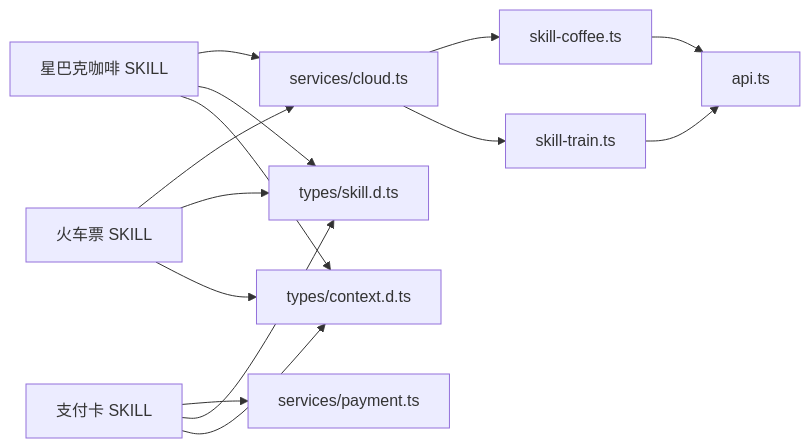
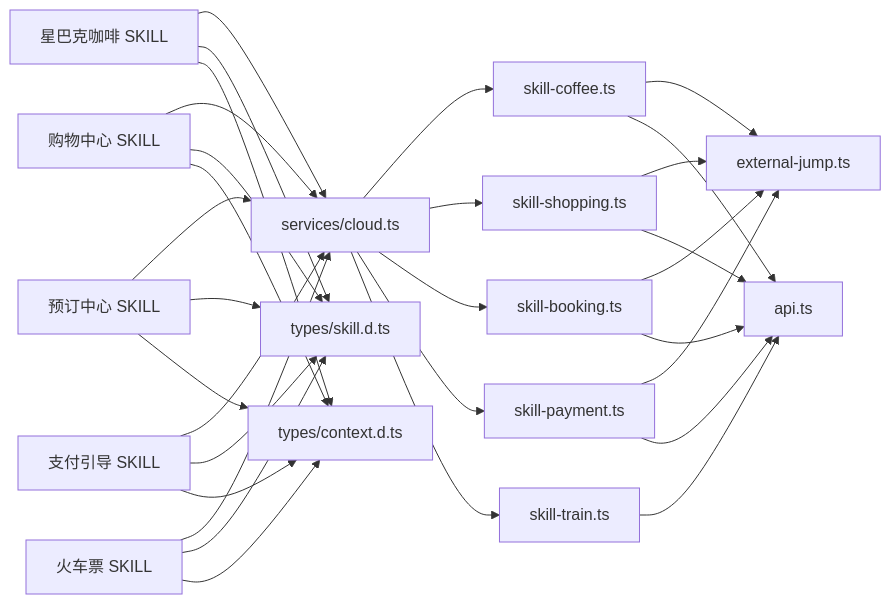
The eighth of 8 diagrams in .qoder/repowiki/zh/content/SKILL系统/内置SKILL/内置SKILL.md (Ichi-Hackton/WAIC-WeChat-MiniProgram), drawn with Mermaid before and after one commit. The commit also changed other lines of this file and 26 other files, not shown here.

````diff
--- a/.qoder/repowiki/zh/content/SKILL系统/内置SKILL/内置SKILL.md
+++ b/.qoder/repowiki/zh/content/SKILL系统/内置SKILL/内置SKILL.md
@@ -279,16 +443,32 @@
 ```mermaid
 graph LR
 Coffee["星巴克咖啡 SKILL"] --> Cloud["services/cloud.ts"]
+Shopping["购物中心 SKILL"] --> Cloud
+Booking["预订中心 SKILL"] --> Cloud
+Payment["支付引导 SKILL"] --> Cloud
 Train["火车票 SKILL"] --> Cloud
-Payment["支付卡 SKILL"] --> PaySvc["services/payment.ts"]
 Cloud --> CoffeeCloud["skill-coffee.ts"]
+Cloud --> ShoppingCloud["skill-shopping.ts"]
+Cloud --> BookingCloud["skill-booking.ts"]
+Cloud --> PaymentCloud["skill-payment.ts"]
 Cloud --> TrainCloud["skill-train.ts"]
-CoffeeCloud --> Api["api.ts"]
-TrainCloud --> Api
+CoffeeCloud --> ExternalJump["external-jump.ts"]
+ShoppingCloud --> ExternalJump
+BookingCloud --> ExternalJump
+PaymentCloud --> ExternalJump
+TrainCloud --> Api["api.ts"]
+CoffeeCloud --> Api
+ShoppingCloud --> Api
+BookingCloud --> Api
+PaymentCloud --> Api
 Coffee --> Types["types/skill.d.ts"]
+Shopping --> Types
+Booking --> Types
+Payment --> Types
 Train --> Types
-Payment --> Types
 Coffee --> Ctx["types/context.d.ts"]
+Shopping --> Ctx
+Booking --> Ctx
+Payment --> Ctx
 Train --> Ctx
-Payment --> Ctx
 ```
````
